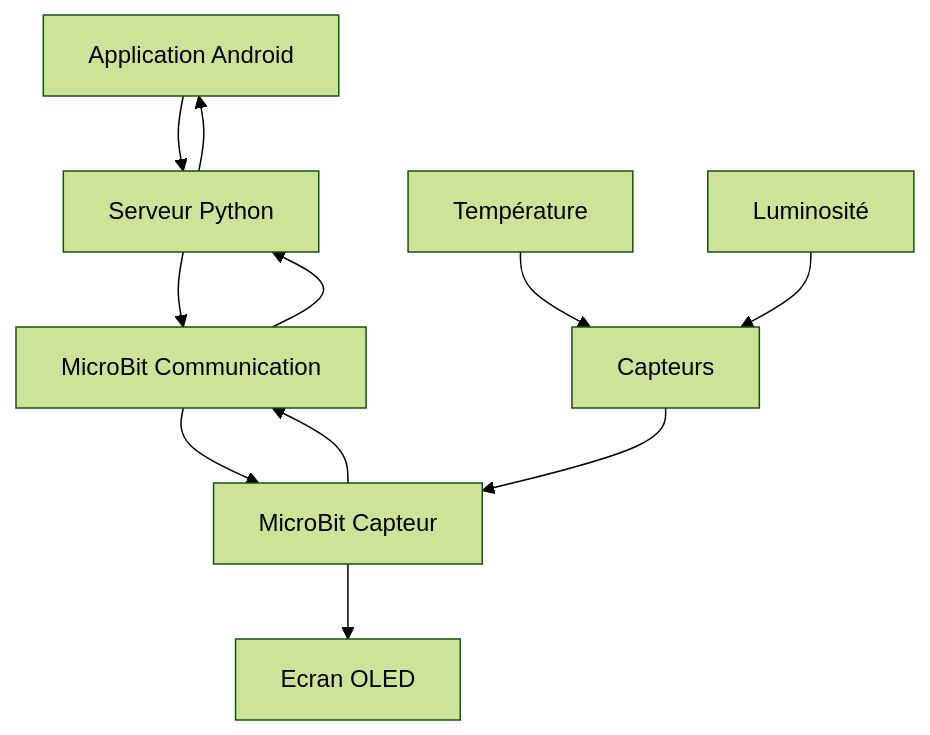
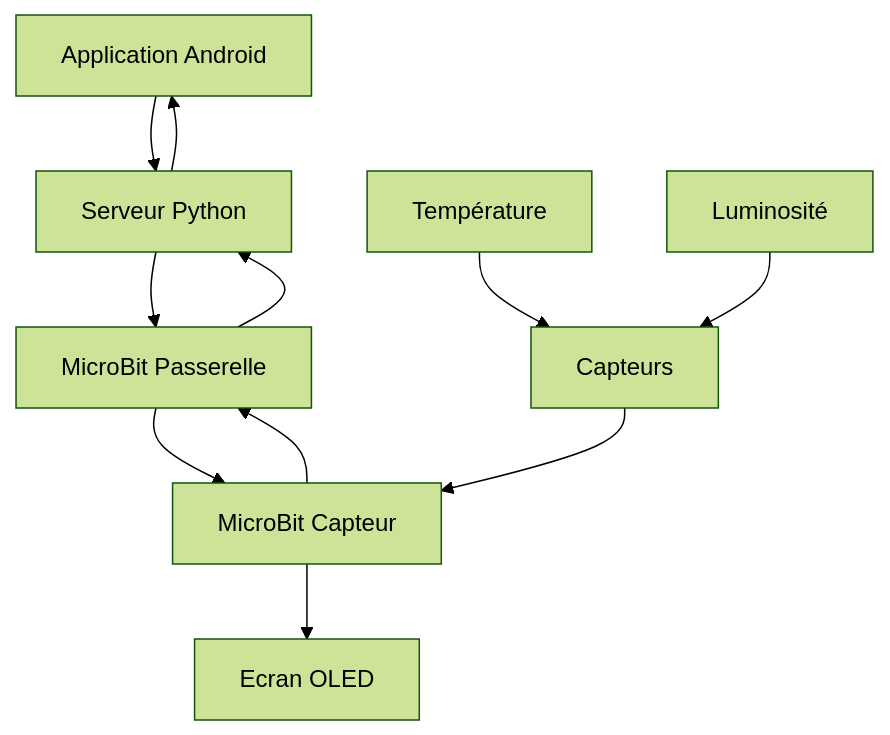
Before and after one commit to B4tiste/Projet-IOT: the diagram in README.md, drawn with Mermaid (forest theme). The commit also changed other lines of this file, not shown here.

Commit message:
Readme update

````diff
--- a/README.md
+++ b/README.md
@@ -7,17 +7,17 @@
 ```mermaid
 graph TD
     A[Application Android] --> B[Serveur Python]
     B --> A
     
-    B --> C[MicroBit Communication]
+    B --> C[MicroBit Passerelle]
     C --> B
     
     C --> D[MicroBit Capteur]
     D --> C
     D --> H[Ecran OLED]
     
     E[Capteurs] --> D
     F[Température]
     G[Luminosité]
     F & G --> E
 ```
````
